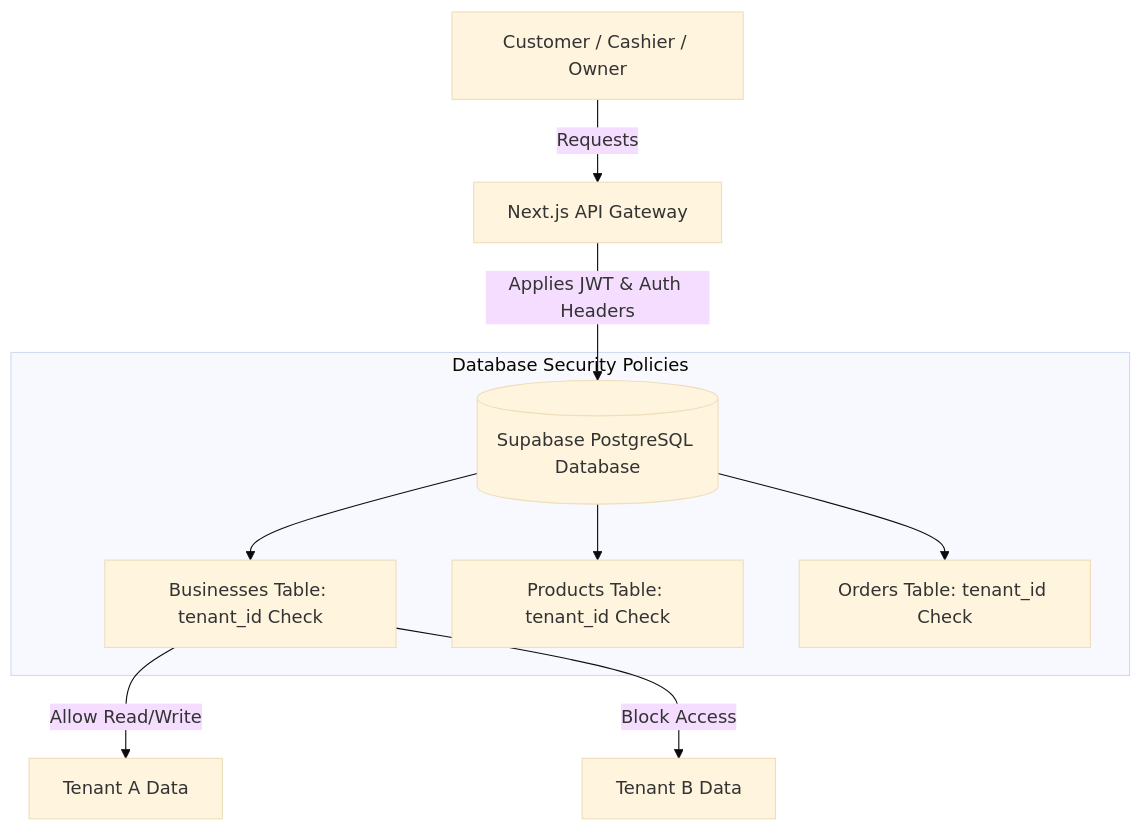
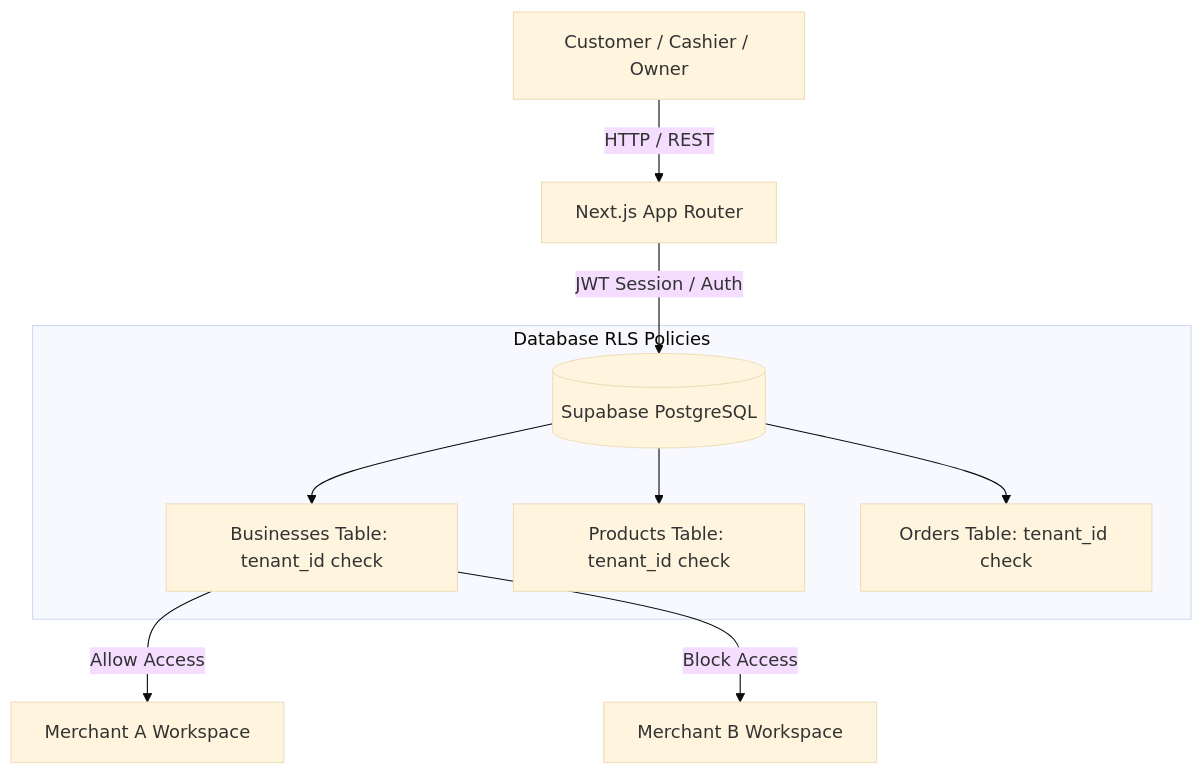
One commit to LimitMax/UMKM-Web changed the first of 2 diagrams in README.md. Above: the diagram before and after it, drawn with Mermaid (base theme). The commit also changed other lines of this file, not shown here.

````diff
--- a/README.md
+++ b/README.md
@@ -57,14 +88,14 @@
 ```mermaid
 graph TD
-    Client[Customer / Cashier / Owner] -->|Requests| Gateway[Next.js API Gateway]
-    Gateway -->|Applies JWT & Auth Headers| DB[(Supabase PostgreSQL Database)]
-    
-    subgraph Database Security Policies
-        DB --> RLS_Biz[Businesses Table: tenant_id Check]
-        DB --> RLS_Prod[Products Table: tenant_id Check]
-        DB --> RLS_Ord[Orders Table: tenant_id Check]
+    Client[Customer / Cashier / Owner] -->|HTTP / REST| Gateway[Next.js App Router]
+    Gateway -->|JWT Session / Auth| DB[(Supabase PostgreSQL)]
+
+    subgraph Database RLS Policies
+        DB --> RLS_Biz[Businesses Table: tenant_id check]
+        DB --> RLS_Prod[Products Table: tenant_id check]
+        DB --> RLS_Ord[Orders Table: tenant_id check]
     end
 
-    RLS_Biz -->|Allow Read/Write| TenantA[Tenant A Data]
-    RLS_Biz -->|Block Access| TenantB[Tenant B Data]
+    RLS_Biz -->|Allow Access| MerchantA[Merchant A Workspace]
+    RLS_Biz -->|Block Access| MerchantB[Merchant B Workspace]
 ```
````
